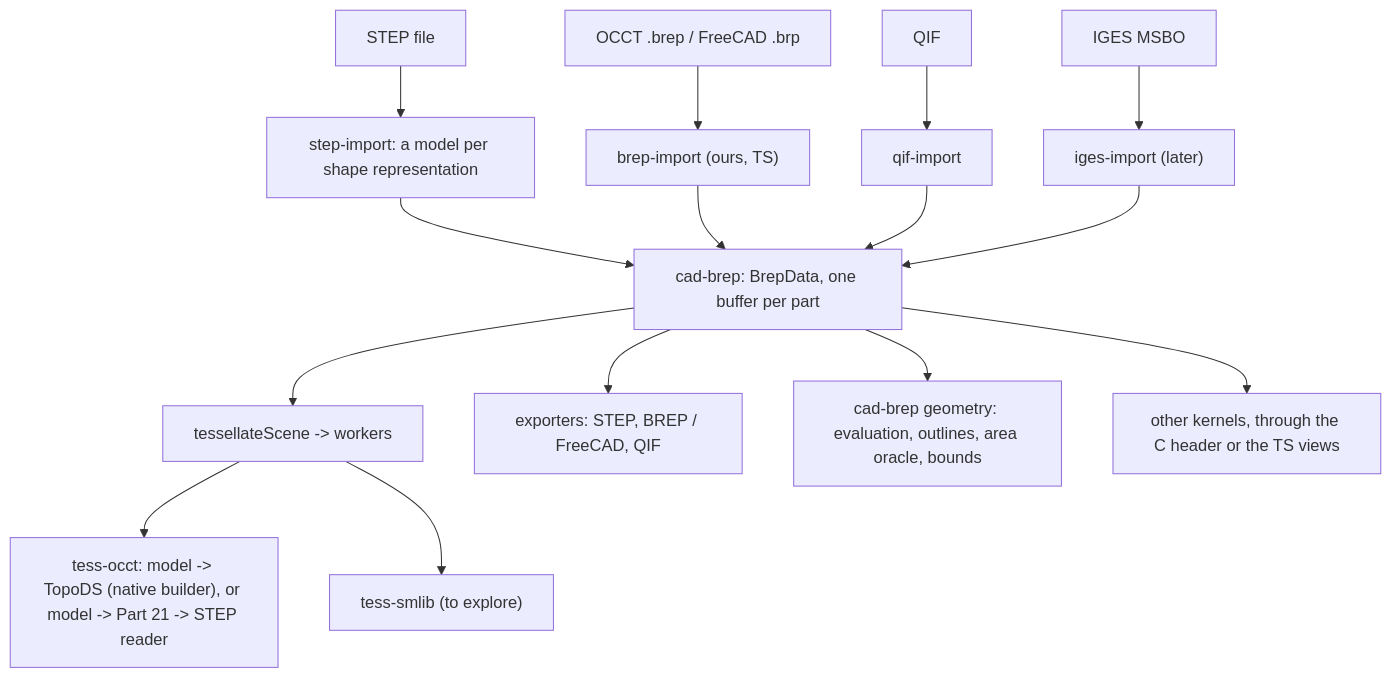
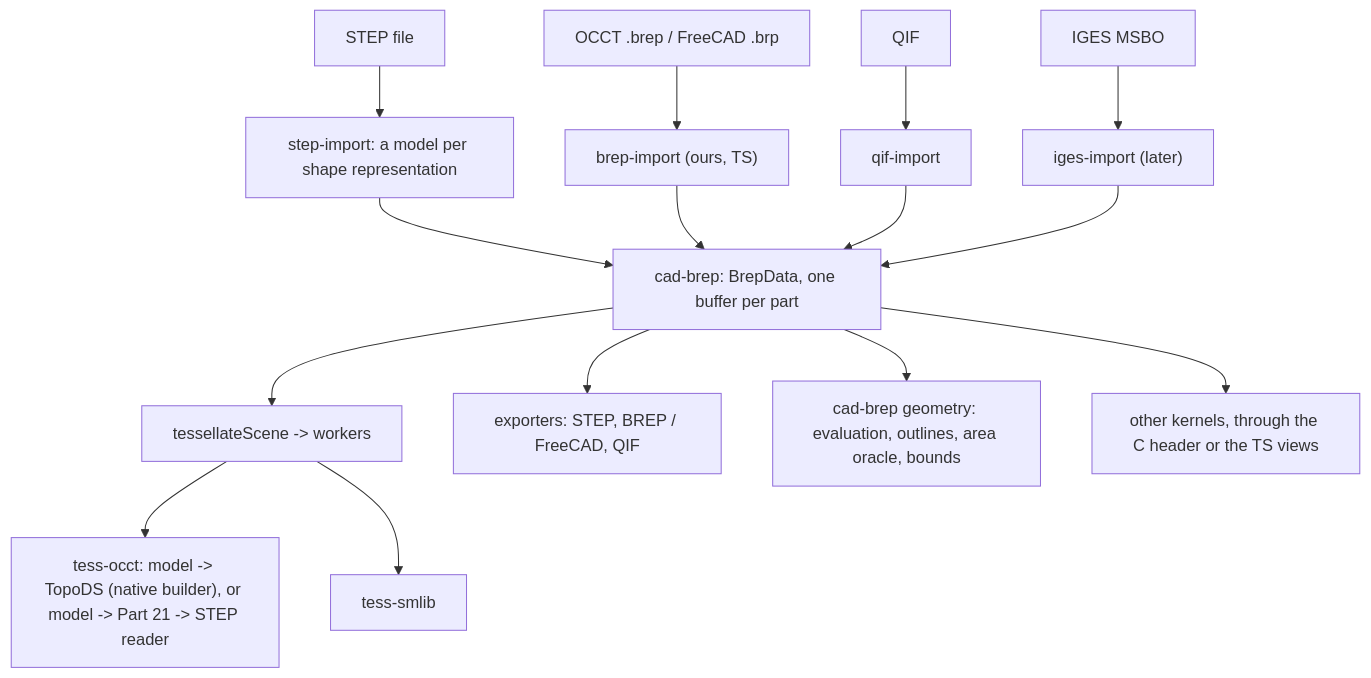
One commit to martyvona/cad-io-js changed the diagram in docs/brep-model.md. Above: the diagram before and after it, drawn with Mermaid. The commit also changed other lines of this file and 23 other files, not shown here.

````diff
--- a/docs/brep-model.md
+++ b/docs/brep-model.md
@@ -14,17 +14,17 @@
 ```mermaid
 flowchart TD
   step["STEP file"] --> si["step-import: a model per shape representation"]
   brep["OCCT .brep / FreeCAD .brp"] --> bi["brep-import (ours, TS)"]
   qif["QIF"] --> qi["qif-import"]
   iges["IGES MSBO"] --> ii["iges-import (later)"]
   si --> m["cad-brep: BrepData, one buffer per part"]
   bi --> m
   qi --> m
   ii --> m
   m --> tess["tessellateScene -> workers"]
   tess --> occt["tess-occt: model -> TopoDS (native builder), or model -> Part 21 -> STEP reader"]
-  tess --> sm["tess-smlib (to explore)"]
+  tess --> sm["tess-smlib"]
   m --> ex["exporters: STEP, BREP / FreeCAD, QIF"]
   m --> geo["cad-brep geometry: evaluation, outlines, area oracle, bounds"]
   m --> ext["other kernels, through the C header or the TS views"]
 ```
````
